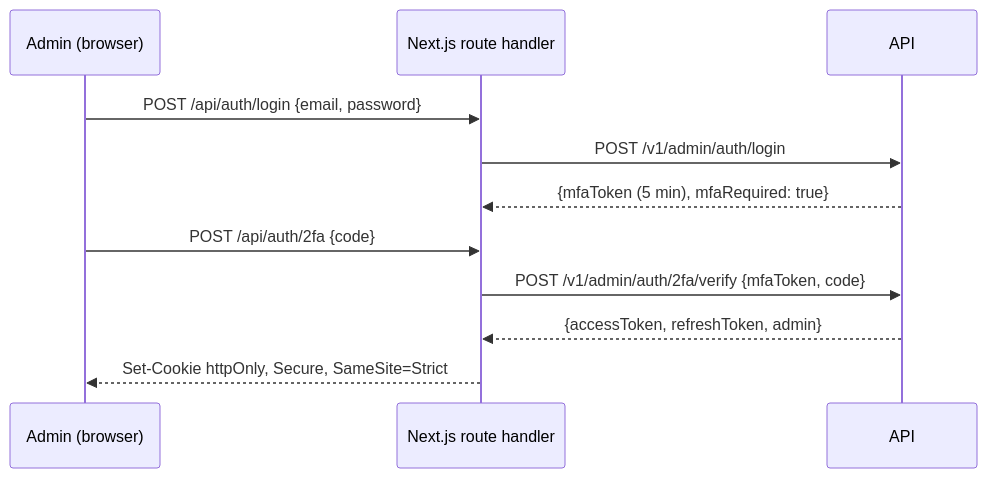
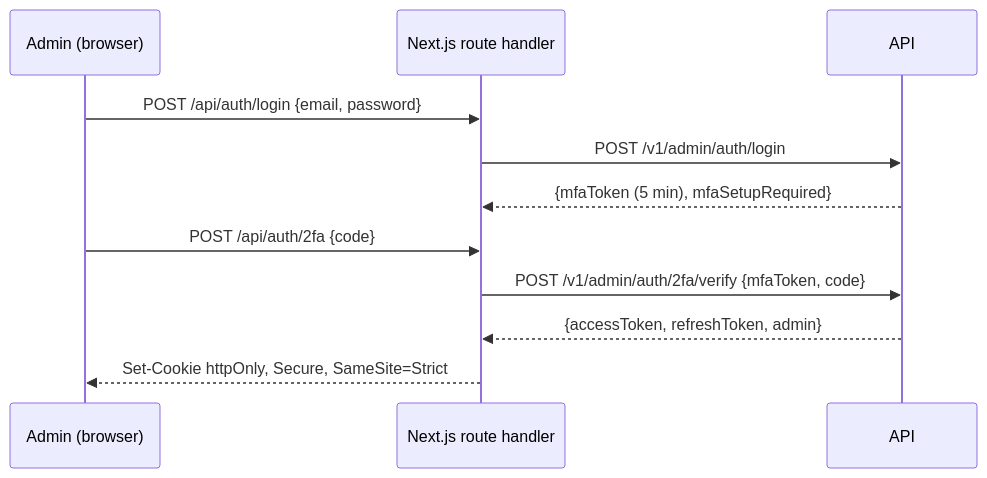
One commit to Jitesh60/nivra changed the fourth of 7 diagrams in docs/ARCHITECTURE.md. Above: the diagram before and after it, drawn with Mermaid. The commit also changed other lines of this file and 74 other files, not shown here.

````diff
--- a/docs/ARCHITECTURE.md
+++ b/docs/ARCHITECTURE.md
@@ -325,13 +274,13 @@
 ```mermaid
 sequenceDiagram
   participant UI as Admin (browser)
   participant NX as Next.js route handler
   participant API
   UI->>NX: POST /api/auth/login {email, password}
   NX->>API: POST /v1/admin/auth/login
-  API-->>NX: {mfaToken (5 min), mfaRequired: true}
+  API-->>NX: {mfaToken (5 min), mfaSetupRequired}
   UI->>NX: POST /api/auth/2fa {code}
   NX->>API: POST /v1/admin/auth/2fa/verify {mfaToken, code}
   API-->>NX: {accessToken, refreshToken, admin}
   NX-->>UI: Set-Cookie httpOnly, Secure, SameSite=Strict
 ```
````
